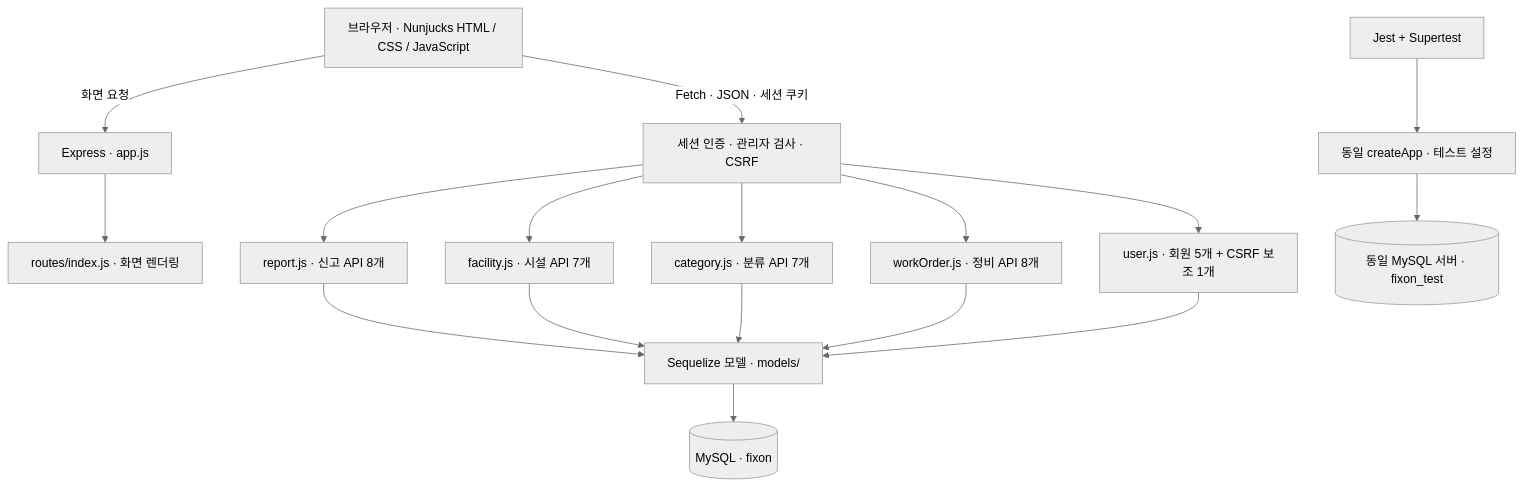
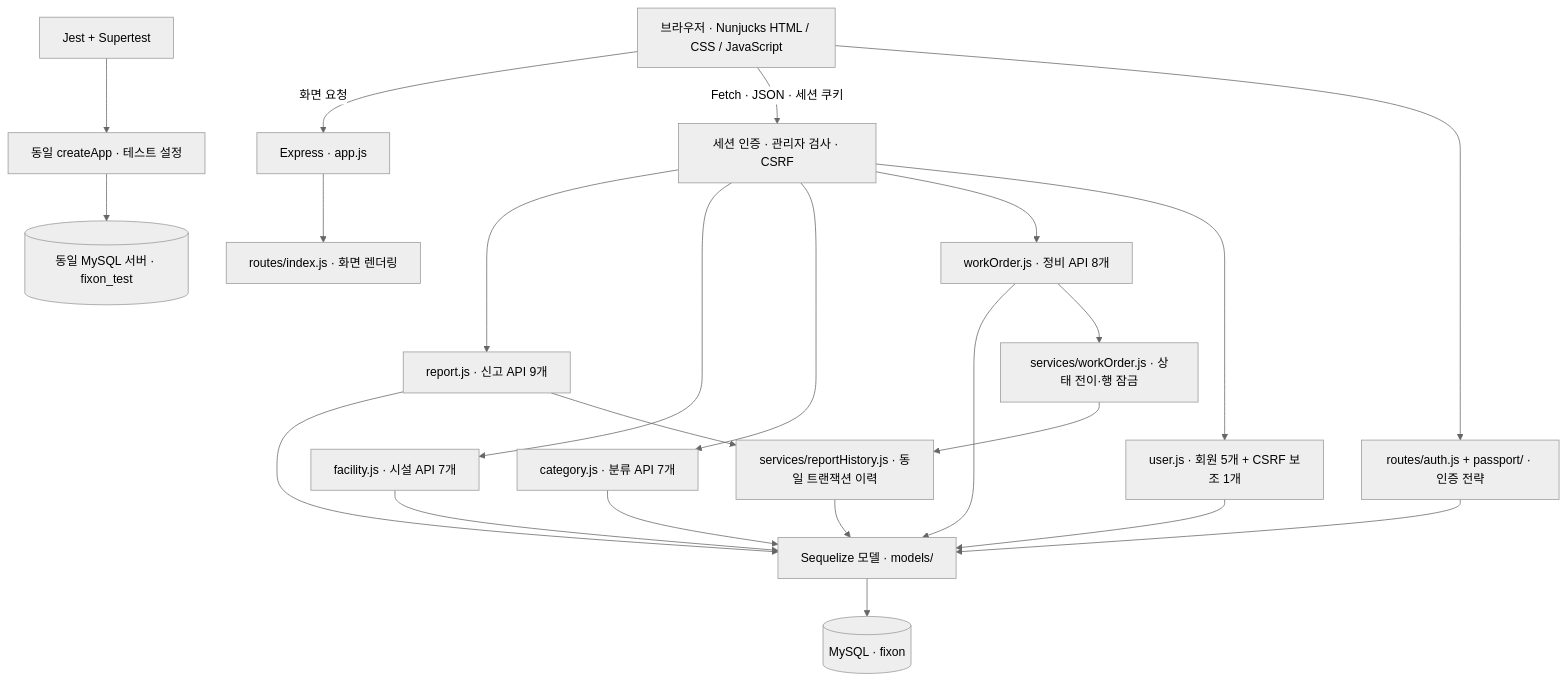
The diagram in docs/ARCHITECTURE.md (changjun-1/FixOn), drawn with Mermaid (neutral theme) before and after one commit. The commit also changed other lines of this file and 96 other files, not shown here.

````diff
--- a/docs/ARCHITECTURE.md
+++ b/docs/ARCHITECTURE.md
@@ -3,19 +3,24 @@
 ```mermaid
 flowchart TB
     B["브라우저 · Nunjucks HTML / CSS / JavaScript"]
     E["Express · app.js"]
     P["routes/index.js · 화면 렌더링"]
     A["세션 인증 · 관리자 검사 · CSRF"]
     B -->|화면 요청| E
     E --> P
     B -->|Fetch · JSON · 세션 쿠키| A
-    A --> R["report.js · 신고 API 8개"]
+    A --> R["report.js · 신고 API 9개"]
     A --> F["facility.js · 시설 API 7개"]
     A --> C["category.js · 분류 API 7개"]
     A --> W["workOrder.js · 정비 API 8개"]
     A --> U["user.js · 회원 5개 + CSRF 보조 1개"]
     R & F & C & W & U --> M["Sequelize 모델 · models/"]
+    W --> S["services/workOrder.js · 상태 전이·행 잠금"]
+    R & S --> H["services/reportHistory.js · 동일 트랜잭션 이력"]
+    H --> M
+    B --> O["routes/auth.js + passport/ · 인증 전략"]
+    O --> M
     M --> D[("MySQL · fixon")]
     T["Jest + Supertest"] --> TA["동일 createApp · 테스트 설정"]
     TA --> TD[("동일 MySQL 서버 · fixon_test")]
 ```
````
